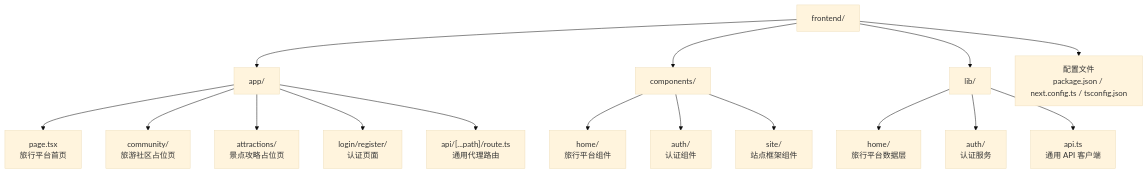
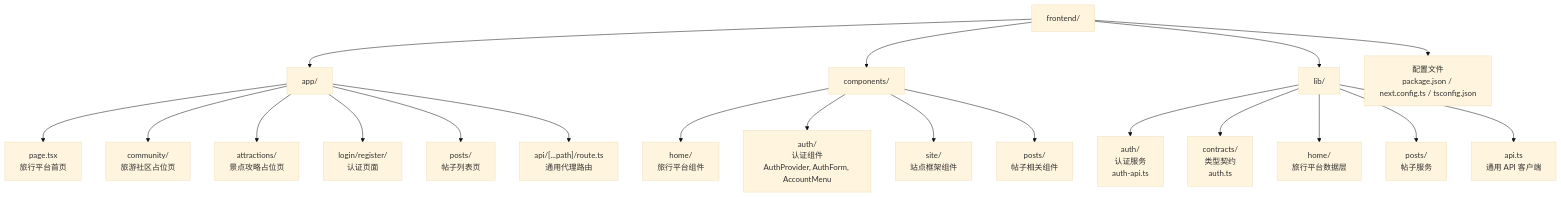
The first of 12 diagrams in .qoder/repowiki/zh/content/前端开发/前端开发.md (luyitiger6/my-first-project), drawn with Mermaid (base theme) before and after one commit. The commit also changed other lines of this file and 54 other files, not shown here.

````diff
--- a/.qoder/repowiki/zh/content/前端开发/前端开发.md
+++ b/.qoder/repowiki/zh/content/前端开发/前端开发.md
@@ -91,18 +100,22 @@
 ```mermaid
 graph TB
 A["frontend/"] --> B["app/"]
 A --> C["components/"]
 A --> D["lib/"]
 A --> E["配置文件<br/>package.json / next.config.ts / tsconfig.json"]
 B --> B1["page.tsx<br/>旅行平台首页"]
 B --> B2["community/<br/>旅游社区占位页"]
 B --> B3["attractions/<br/>景点攻略占位页"]
 B --> B4["login/register/<br/>认证页面"]
-B --> B5["api/[...path]/route.ts<br/>通用代理路由"]
+B --> B5["posts/<br/>帖子列表页"]
+B --> B6["api/[...path]/route.ts<br/>通用代理路由"]
 C --> C1["home/<br/>旅行平台组件"]
-C --> C2["auth/<br/>认证组件"]
+C --> C2["auth/<br/>认证组件<br/>AuthProvider, AuthForm, AccountMenu"]
 C --> C3["site/<br/>站点框架组件"]
-D --> D1["home/<br/>旅行平台数据层"]
-D --> D2["auth/<br/>认证服务"]
-D --> D3["api.ts<br/>通用 API 客户端"]
+C --> C4["posts/<br/>帖子相关组件"]
+D --> D1["auth/<br/>认证服务<br/>auth-api.ts"]
+D --> D2["contracts/<br/>类型契约<br/>auth.ts"]
+D --> D3["home/<br/>旅行平台数据层"]
+D --> D4["posts/<br/>帖子服务"]
+D --> D5["api.ts<br/>通用 API 客户端"]
 ```
````
